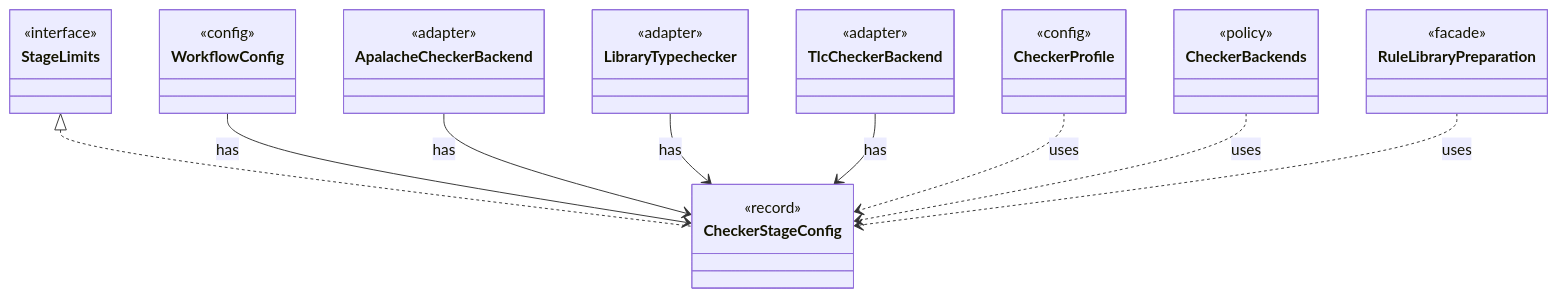
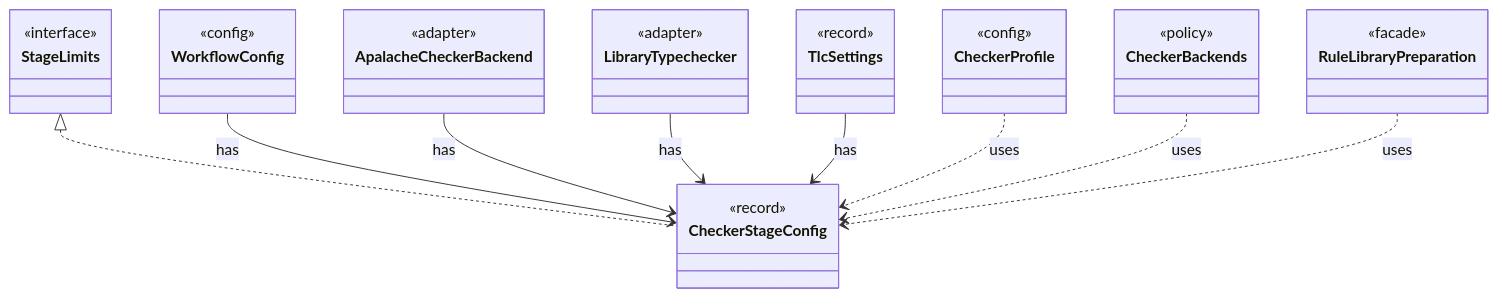
The diagram in dev/types/io.github.tlaplus.hardening.config.CheckerStageConfig.md (tlaplus/model-checker-hardening), drawn with Mermaid before and after one commit. The commit also changed other lines of this file and 402 other files, not shown here.

````diff
--- a/dev/types/io.github.tlaplus.hardening.config.CheckerStageConfig.md
+++ b/dev/types/io.github.tlaplus.hardening.config.CheckerStageConfig.md
@@ -7,38 +7,38 @@
 ```mermaid
 classDiagram
   class CheckerStageConfig {
     <<record>>
   }
   class StageLimits {
     <<interface>>
   }
   class WorkflowConfig {
     <<config>>
   }
   class ApalacheCheckerBackend {
     <<adapter>>
   }
   class LibraryTypechecker {
     <<adapter>>
   }
-  class TlcCheckerBackend {
-    <<adapter>>
+  class TlcSettings {
+    <<record>>
   }
   class CheckerProfile {
     <<config>>
   }
   class CheckerBackends {
     <<policy>>
   }
   class RuleLibraryPreparation {
     <<facade>>
   }
   StageLimits <|.. CheckerStageConfig
   WorkflowConfig --> CheckerStageConfig : has
   ApalacheCheckerBackend --> CheckerStageConfig : has
   LibraryTypechecker --> CheckerStageConfig : has
-  TlcCheckerBackend --> CheckerStageConfig : has
+  TlcSettings --> CheckerStageConfig : has
   CheckerProfile ..> CheckerStageConfig : uses
   CheckerBackends ..> CheckerStageConfig : uses
   RuleLibraryPreparation ..> CheckerStageConfig : uses
 ```
````
